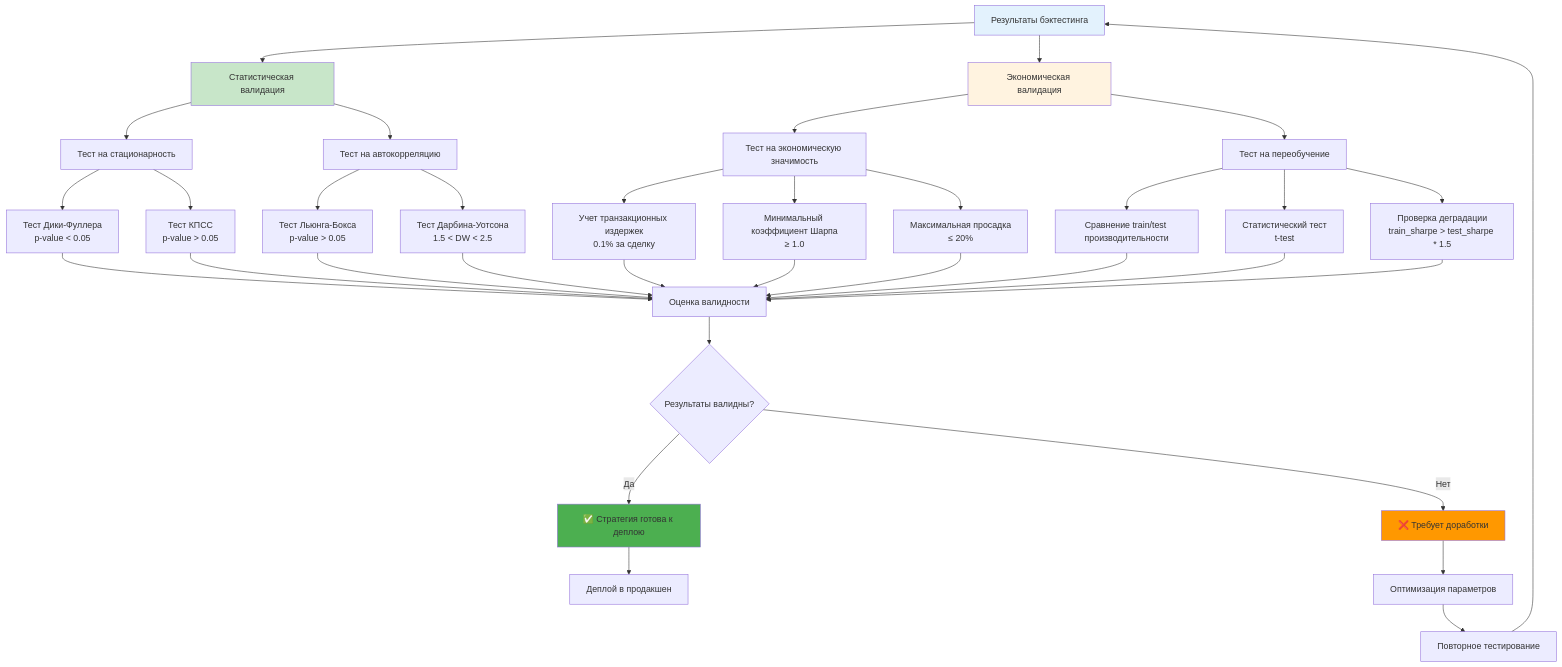
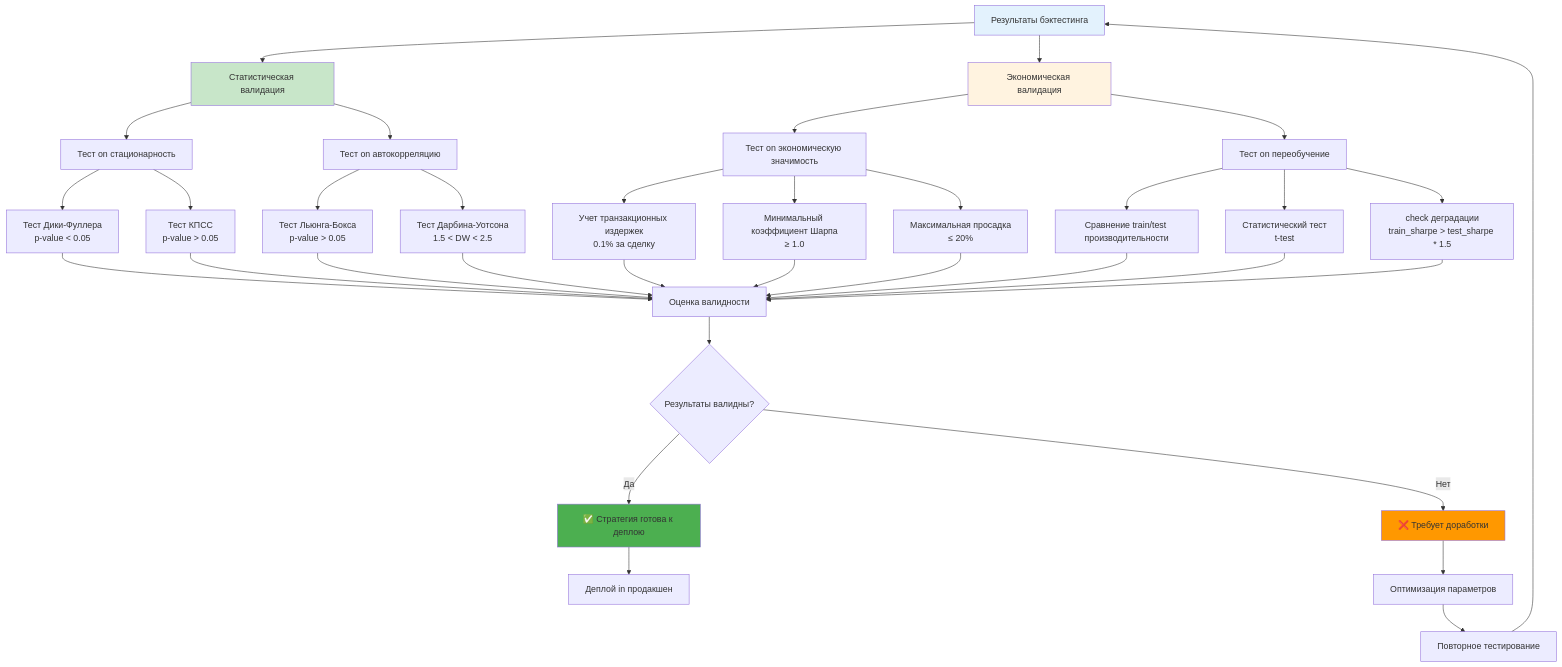
The eighth of 9 diagrams in docs/automl/gluon/29_backtesting_methods.md (NeoZorK/neozork-hld-prediction), drawn with Mermaid before and after one commit. The commit also changed other lines of this file and 19 other files, not shown here.

````diff
--- a/docs/automl/gluon/29_backtesting_methods.md
+++ b/docs/automl/gluon/29_backtesting_methods.md
@@ -3224,49 +3224,49 @@
 ```mermaid
 graph TD
-    A[Результаты бэктестинга] --> B[Статистическая валидация]
-    A --> C[Экономическая валидация]
-    
-    B --> B1[Тест на стационарность]
-    B1 --> B11[Тест Дики-Фуллера<br/>p-value < 0.05]
-    B1 --> B12[Тест КПСС<br/>p-value > 0.05]
-    
-    B --> B2[Тест на автокорреляцию]
-    B2 --> B21[Тест Льюнга-Бокса<br/>p-value > 0.05]
-    B2 --> B22[Тест Дарбина-Уотсона<br/>1.5 < DW < 2.5]
-    
-    C --> C1[Тест на экономическую значимость]
-    C1 --> C11[Учет транзакционных издержек<br/>0.1% за сделку]
-    C1 --> C12[Минимальный коэффициент Шарпа<br/>≥ 1.0]
-    C1 --> C13[Максимальная просадка<br/>≤ 20%]
-    
-    C --> C2[Тест на переобучение]
-    C2 --> C21[Сравнение train/test производительности]
-    C2 --> C22[Статистический тест<br/>t-test]
-    C2 --> C23[Проверка деградации<br/>train_sharpe > test_sharpe * 1.5]
-    
-    B11 --> D[Оценка валидности]
-    B12 --> D
-    B21 --> D
-    B22 --> D
-    C11 --> D
-    C12 --> D
-    C13 --> D
-    C21 --> D
-    C22 --> D
-    C23 --> D
-    
-    D --> E{Результаты валидны?}
-    E -->|Да| F[✅ Стратегия готова к деплою]
-    E -->|Нет| G[❌ Требует доработки]
-    
-    F --> H[Деплой в продакшен]
-    G --> I[Оптимизация параметров]
-    I --> J[Повторное тестирование]
-    J --> A
-    
-    style A fill:#e3f2fd
-    style B fill:#c8e6c9
-    style C fill:#fff3e0
-    style F fill:#4caf50
-    style G fill:#ff9800
+ A[Результаты бэктестинга] --> B[Статистическая валидация]
+ A --> C[Экономическая валидация]
+
+ B --> B1[Тест on стационарность]
+ B1 --> B11[Тест Дики-Фуллера<br/>p-value < 0.05]
+ B1 --> B12[Тест КПСС<br/>p-value > 0.05]
+
+ B --> B2[Тест on автокорреляцию]
+ B2 --> B21[Тест Льюнга-Бокса<br/>p-value > 0.05]
+ B2 --> B22[Тест Дарбина-Уотсона<br/>1.5 < DW < 2.5]
+
+ C --> C1[Тест on экономическую значимость]
+ C1 --> C11[Учет транзакционных издержек<br/>0.1% за сделку]
+ C1 --> C12[Минимальный коэффициент Шарпа<br/>≥ 1.0]
+ C1 --> C13[Максимальная просадка<br/>≤ 20%]
+
+ C --> C2[Тест on переобучение]
+ C2 --> C21[Сравнение train/test производительности]
+ C2 --> C22[Статистический тест<br/>t-test]
+ C2 --> C23[check деградации<br/>train_sharpe > test_sharpe * 1.5]
+
+ B11 --> D[Оценка валидности]
+ B12 --> D
+ B21 --> D
+ B22 --> D
+ C11 --> D
+ C12 --> D
+ C13 --> D
+ C21 --> D
+ C22 --> D
+ C23 --> D
+
+ D --> E{Результаты валидны?}
+ E -->|Да| F[✅ Стратегия готова к деплою]
+ E -->|Нет| G[❌ Требует доработки]
+
+ F --> H[Деплой in продакшен]
+ G --> I[Оптимизация параметров]
+ I --> J[Повторное тестирование]
+ J --> A
+
+ style A fill:#e3f2fd
+ style B fill:#c8e6c9
+ style C fill:#fff3e0
+ style F fill:#4caf50
+ style G fill:#ff9800
 ```
````
